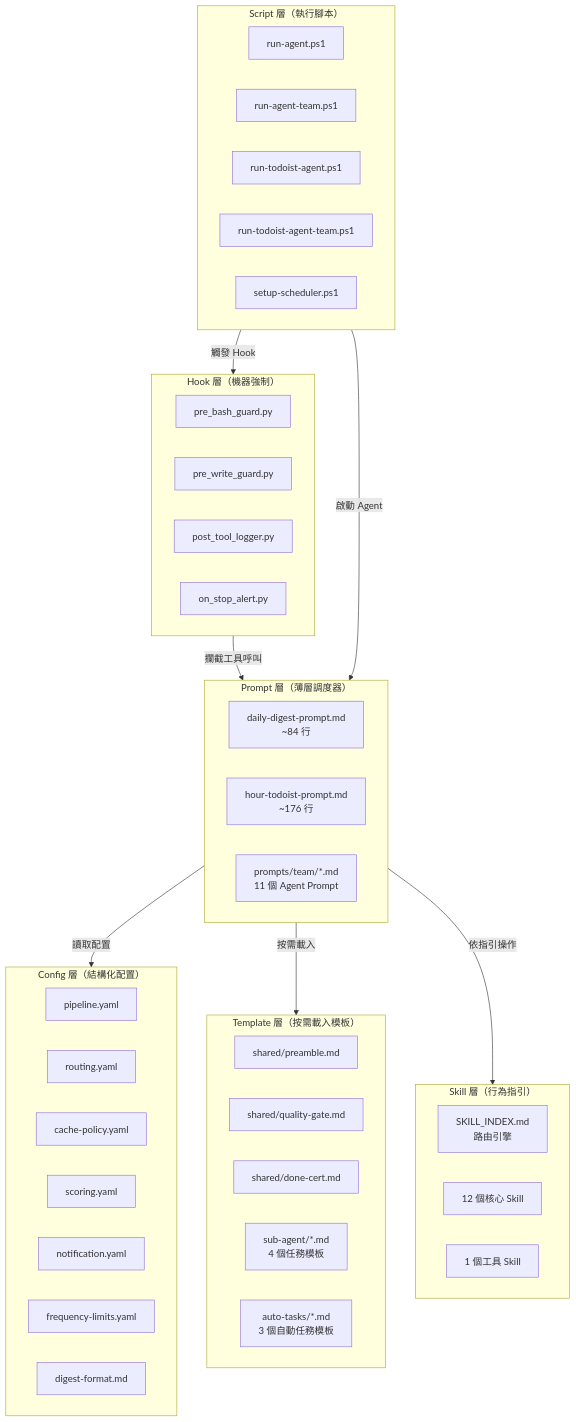
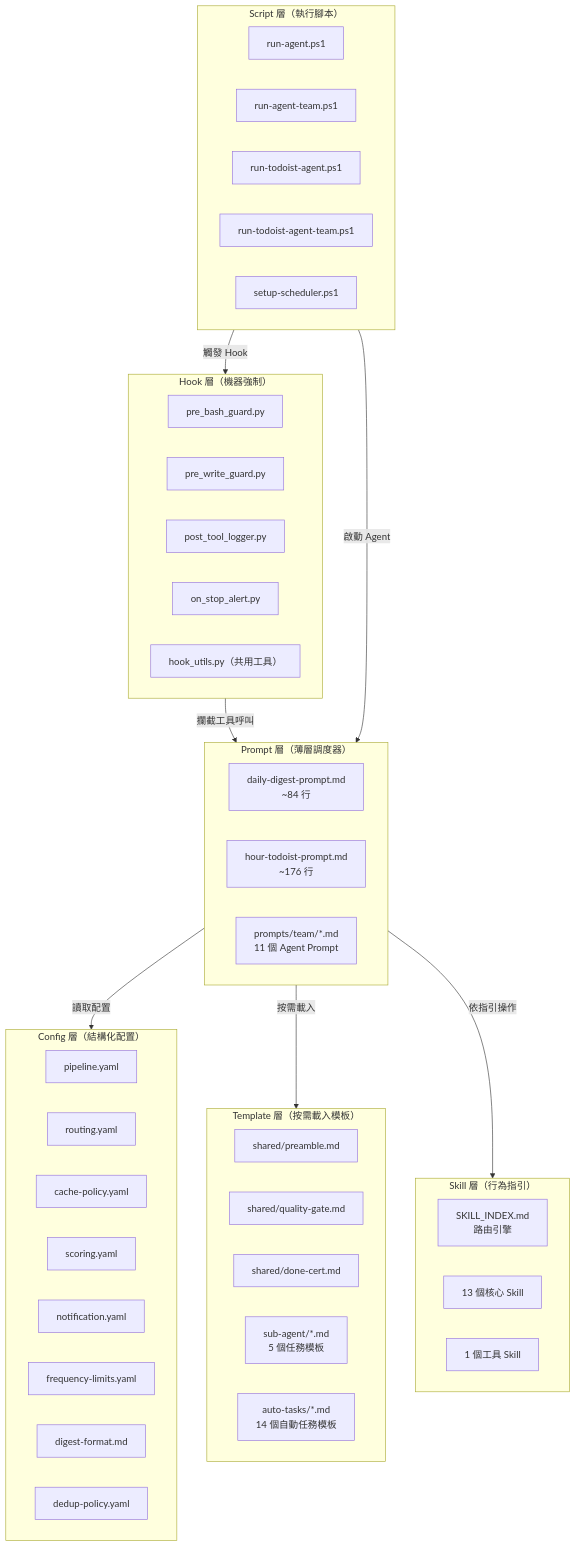
The first of 9 diagrams in specs/system-docs/ssd.md (wangsc2024/daily-digest-prompt), drawn with Mermaid before and after one commit. The commit also changed other lines of this file and 51 other files, not shown here.

````diff
--- a/specs/system-docs/ssd.md
+++ b/specs/system-docs/ssd.md
@@ -52,54 +52,56 @@
 ```mermaid
 graph TB
     subgraph L1["Prompt 層（薄層調度器）"]
         PRM1["daily-digest-prompt.md<br/>~84 行"]
         PRM2["hour-todoist-prompt.md<br/>~176 行"]
         PRM3["prompts/team/*.md<br/>11 個 Agent Prompt"]
     end
 
     subgraph L2["Config 層（結構化配置）"]
         CFG1["pipeline.yaml"]
         CFG2["routing.yaml"]
         CFG3["cache-policy.yaml"]
         CFG4["scoring.yaml"]
         CFG5["notification.yaml"]
         CFG6["frequency-limits.yaml"]
         CFG7["digest-format.md"]
+        CFG8["dedup-policy.yaml"]
     end
 
     subgraph L3["Template 層（按需載入模板）"]
         TPL1["shared/preamble.md"]
         TPL2["shared/quality-gate.md"]
         TPL3["shared/done-cert.md"]
-        TPL4["sub-agent/*.md<br/>4 個任務模板"]
-        TPL5["auto-tasks/*.md<br/>3 個自動任務模板"]
+        TPL4["sub-agent/*.md<br/>5 個任務模板"]
+        TPL5["auto-tasks/*.md<br/>14 個自動任務模板"]
     end
 
     subgraph L4["Skill 層（行為指引）"]
         SKL0["SKILL_INDEX.md<br/>路由引擎"]
-        SKL1["12 個核心 Skill"]
+        SKL1["13 個核心 Skill"]
         SKL2["1 個工具 Skill"]
     end
 
     subgraph L5["Hook 層（機器強制）"]
         HK1["pre_bash_guard.py"]
         HK2["pre_write_guard.py"]
         HK3["post_tool_logger.py"]
         HK4["on_stop_alert.py"]
+        HK5["hook_utils.py（共用工具）"]
     end
 
     subgraph L6["Script 層（執行腳本）"]
         SCR1["run-agent.ps1"]
         SCR2["run-agent-team.ps1"]
         SCR3["run-todoist-agent.ps1"]
         SCR4["run-todoist-agent-team.ps1"]
         SCR5["setup-scheduler.ps1"]
     end
 
     L1 -->|"讀取配置"| L2
     L1 -->|"按需載入"| L3
     L1 -->|"依指引操作"| L4
     L5 -->|"攔截工具呼叫"| L1
     L6 -->|"啟動 Agent"| L1
     L6 -->|"觸發 Hook"| L5
 ```
````
